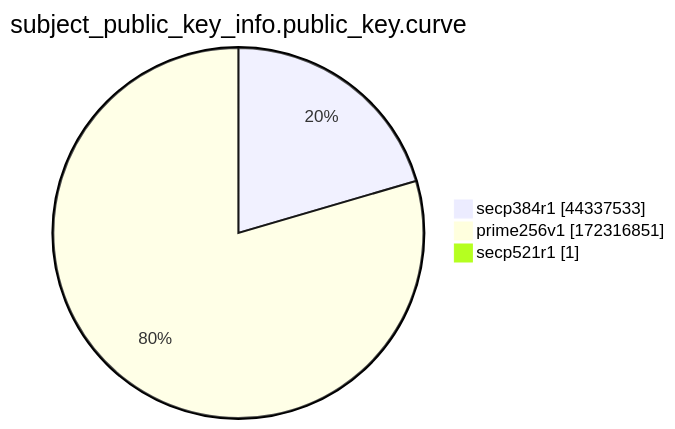
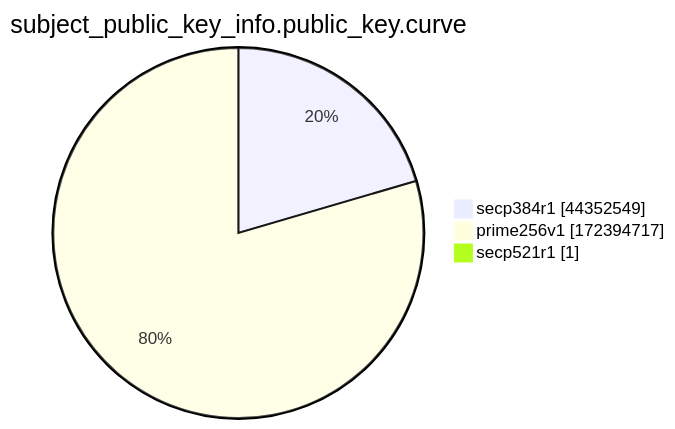
One commit to christiankrug/ctmonitor_visualization changed the ninth of 15 diagrams in xenon2022/README.md. Above: the diagram before and after it, drawn with Mermaid. The commit also changed other lines of this file, not shown here.

````diff
--- a/xenon2022/README.md
+++ b/xenon2022/README.md
@@ -2871,7 +2871,7 @@
 ```mermaid
 pie showData
 title subject_public_key_info.public_key.curve
-"secp384r1" :44337533
-"prime256v1" :172316851
+"secp384r1" :44352549
+"prime256v1" :172394717
 "secp521r1" :1
 ```
````
